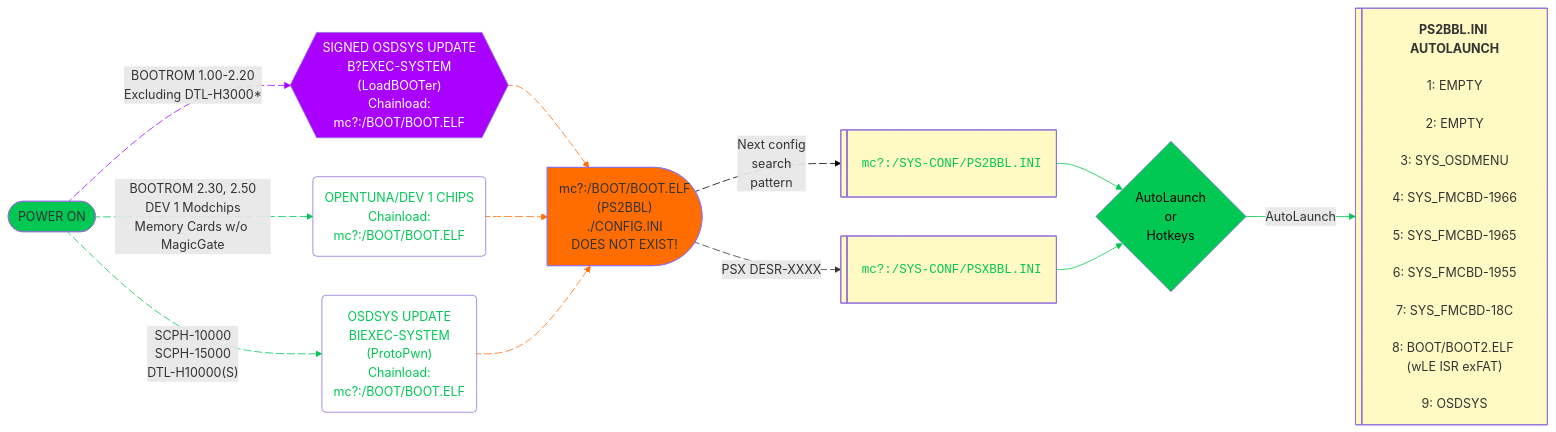
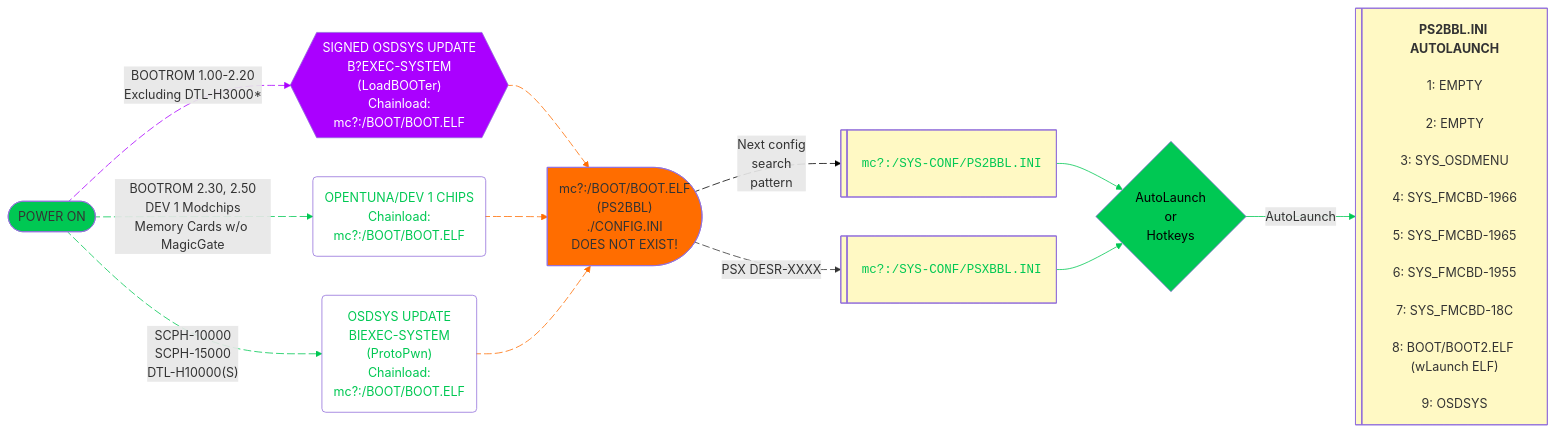
Before and after one commit to saildot4k/ps2homebrewstore: the diagram in docs/umcs/index.md, drawn with Mermaid. The commit also changed 1 other file, not shown here.

Commit message:
boot2 wLaunchELF

````diff
--- a/docs/umcs/index.md
+++ b/docs/umcs/index.md
@@ -113,59 +113,59 @@
 ```mermaid
 ---
 config:
   theme: mc
   layout: dagre
   look: classic
 ---
 graph LR
     A(["POWER ON"]) L_A_B_0@-- "BOOTROM 1.00-2.20<br>Excluding DTL-H3000*" --> B["SIGNED OSDSYS UPDATE<br>B?EXEC-SYSTEM<br>(LoadBOOTer)<br>Chainload:<br>mc?:/BOOT/BOOT.ELF"]
     A L_A_n1_0@-- "BOOTROM 2.30, 2.50<br>DEV 1 Modchips<br>Memory Cards w/o MagicGate" --> n1["OPENTUNA/DEV 1 CHIPS<br>Chainload:<br>mc?:/BOOT/BOOT.ELF<br>"]
     n5@{ label: "<pre style=\"font-family:\"><code style=\"font-family:\">mc?:/SYS-CONF/PS2BBL.INI</code></pre>" } --> n6["AutoLaunch<br>or<br>Hotkeys"]
-    n6 -- AutoLaunch --> n7@{ label: "<span style=\"--tw-scale-x:\"><b><span style=\"--tw-scale-x:\">PS2BBL.INI AUTOLAUNCH</span><br style=\"--tw-scale-x:\"></b></span><br style=\"--tw-scale-x:\"><span style=\"background-color:\">1: EMPTY</span><br style=\"--tw-scale-x:\"><br style=\"--tw-scale-x:\"><span style=\"background-color:\">2: EMPTY</span><br style=\"--tw-scale-x:\"><br style=\"--tw-scale-x:\"><span style=\"--tw-scale-x:\">3: SYS_OSDMENU</span><br style=\"--tw-scale-x:\"><br style=\"--tw-scale-x:\"><span style=\"--tw-scale-x:\">4: SYS_FMCBD-1966</span><br style=\"--tw-scale-x:\"><br style=\"--tw-scale-x:\"><span style=\"--tw-scale-x:\">5: SYS_FMCBD-1965</span><br style=\"--tw-scale-x:\"><br style=\"--tw-scale-x:\"><span style=\"--tw-scale-x:\">6: SYS_FMCBD-1955<br style=\"--tw-scale-x:\"></span><br style=\"--tw-scale-x:\"><span style=\"background-color:\">7: SYS_FMCBD-18C</span><br style=\"--tw-scale-x:\"><br style=\"--tw-scale-x:\"><span style=\"--tw-scale-x:\">8: BOOT/BOOT2.ELF (wLE ISR exFAT)<br style=\"--tw-scale-x:\"><br style=\"--tw-scale-x:\">9: OSDSYS</span>" }
+    n6 -- AutoLaunch --> n7@{ label: "<span style=\"--tw-scale-x:\"><b><span style=\"--tw-scale-x:\">PS2BBL.INI AUTOLAUNCH</span><br style=\"--tw-scale-x:\"></b></span><br style=\"--tw-scale-x:\"><span style=\"background-color:\">1: EMPTY</span><br style=\"--tw-scale-x:\"><br style=\"--tw-scale-x:\"><span style=\"background-color:\">2: EMPTY</span><br style=\"--tw-scale-x:\"><br style=\"--tw-scale-x:\"><span style=\"--tw-scale-x:\">3: SYS_OSDMENU</span><br style=\"--tw-scale-x:\"><br style=\"--tw-scale-x:\"><span style=\"--tw-scale-x:\">4: SYS_FMCBD-1966</span><br style=\"--tw-scale-x:\"><br style=\"--tw-scale-x:\"><span style=\"--tw-scale-x:\">5: SYS_FMCBD-1965</span><br style=\"--tw-scale-x:\"><br style=\"--tw-scale-x:\"><span style=\"--tw-scale-x:\">6: SYS_FMCBD-1955<br style=\"--tw-scale-x:\"></span><br style=\"--tw-scale-x:\"><span style=\"background-color:\">7: SYS_FMCBD-18C</span><br style=\"--tw-scale-x:\"><br style=\"--tw-scale-x:\"><span style=\"--tw-scale-x:\">8: BOOT/BOOT2.ELF (wLaunch ELF)<br style=\"--tw-scale-x:\"><br style=\"--tw-scale-x:\">9: OSDSYS</span>" }
     B L_B_n8_0@-- <br> --> n8["mc?:/BOOT/BOOT.ELF<br>(PS2BBL)<br>./CONFIG.INI<br>DOES NOT EXIST!"]
     n1 L_n1_n8_0@-- <br> --> n8
     n8 L_n8_n5_0@-- Next config<br>search<br>pattern --> n5
     n10@{ label: "<pre style=\"--tw-scale-x:\"><code style=\"--tw-scale-x:\">mc?:/SYS-CONF/PSXBBL.INI</code></pre>" } --> n6
     n8 L_n8_n10_0@-- "PSX DESR-XXXX" --> n10
     A L_A_n11_0@-- "SCPH-10000<br>SCPH-15000<br>DTL-H10000(S)" --> n11["OSDSYS UPDATE<br>BIEXEC-SYSTEM<br>(ProtoPwn)<br>Chainload:<br>mc?:/BOOT/BOOT.ELF"]
     n11 L_n11_n8_0@--> n8
 
     B@{ shape: hex}
     n1@{ shape: event}
     n5@{ shape: lin-proc}
     n6@{ shape: diam}
     n7@{ shape: lin-proc}
     n8@{ shape: delay}
     n10@{ shape: lin-proc}
     n11@{ shape: event}
     classDef Ash stroke-width:1px, stroke-dasharray:none, stroke:#999999, fill:#EEEEEE, color:#000000
     classDef Sky stroke-width:1px, stroke-dasharray:none, stroke:#374D7C, fill:#E2EBFF, color:#374D7C
     style A fill:#00C853
     style B color:#FFFFFF,fill:#AA00FF
     style n1 color:#00C853,fill:transparent
     style n5 fill:#FFF9C4,color:#00C853
     style n6 fill:#00C853,color:#000000
     style n7 fill:#FFF9C4
     style n8 fill:#FF6D00
     style n10 fill:#FFF9C4,color:#00C853
     style n11 color:#00C853,fill:transparent
     linkStyle 0 stroke:#AA00FF,fill:none
     linkStyle 1 stroke:#00C853,fill:none
     linkStyle 2 stroke:#00C853,fill:none
     linkStyle 3 stroke:#00C853,fill:none
     linkStyle 4 stroke:#FF6D00,fill:none
     linkStyle 5 stroke:#FF6D00,fill:none
     linkStyle 6 stroke:#000000,fill:none
     linkStyle 7 stroke:#00C853,fill:none
     linkStyle 9 stroke:#00C853,fill:none
     linkStyle 10 stroke:#FF6D00,fill:none
 
     L_A_B_0@{ animation: slow } 
     L_A_n1_0@{ animation: slow } 
     L_B_n8_0@{ animation: slow } 
     L_n1_n8_0@{ animation: slow } 
     L_n8_n5_0@{ animation: slow } 
     L_n8_n10_0@{ animation: slow } 
     L_A_n11_0@{ animation: slow } 
     L_n11_n8_0@{ animation: slow }
 ```
````
